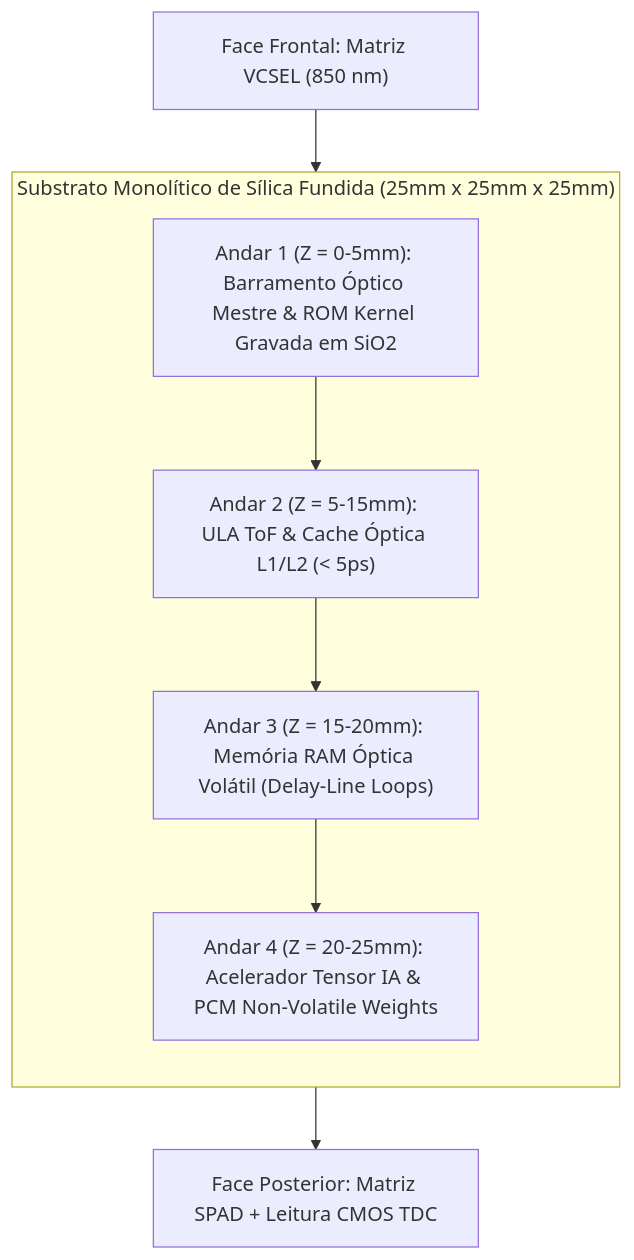
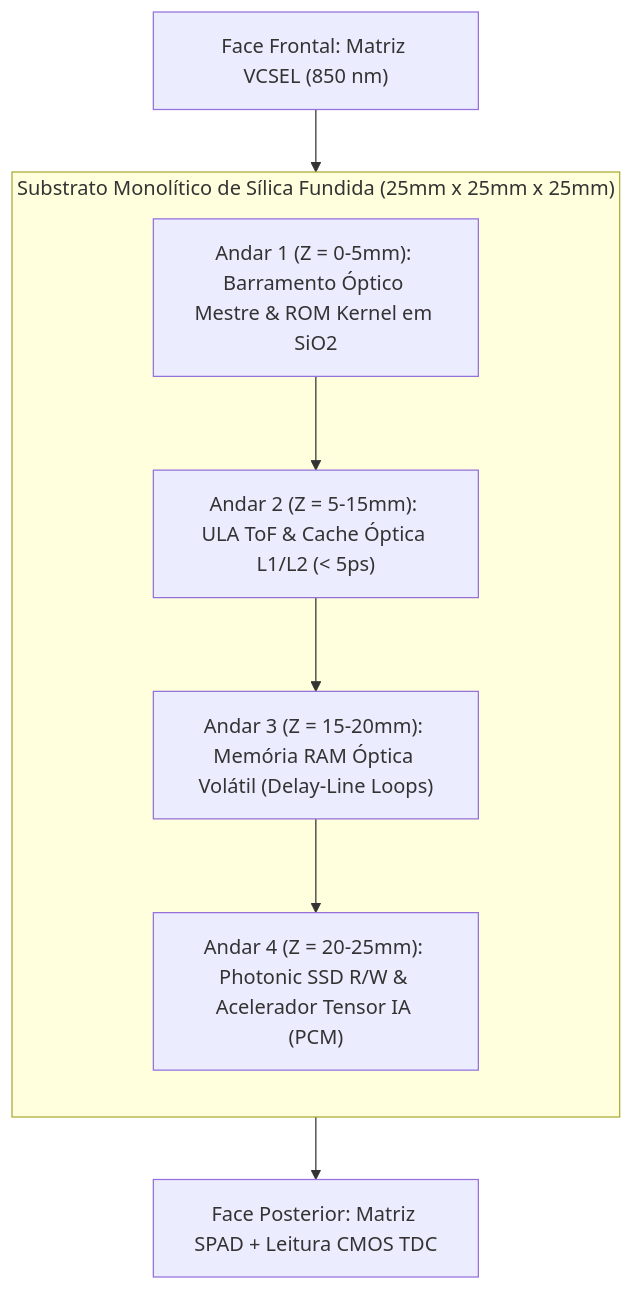
The diagram in README.md (Roliveira96/SilicaCore), drawn with Mermaid before and after one commit. The commit also changed other lines of this file and 6 other files, not shown here.

Commit message:
feat(storage): adiciona arquitetura Photonic SSD para armazenamento em massa em vidro de sílica (Project Silica/PCM)

````diff
--- a/README.md
+++ b/README.md
@@ -71,17 +71,17 @@
 ```mermaid
 flowchart TD
     subgraph CuboSilica["Substrato Monolítico de Sílica Fundida (25mm x 25mm x 25mm)"]
         direction TB
-        Andar4["Andar 4 (Z = 20-25mm): Acelerador Tensor IA & PCM Non-Volatile Weights"]
+        Andar4["Andar 4 (Z = 20-25mm): Photonic SSD R/W & Acelerador Tensor IA (PCM)"]
         Andar3["Andar 3 (Z = 15-20mm): Memória RAM Óptica Volátil (Delay-Line Loops)"]
         Andar2["Andar 2 (Z = 5-15mm): ULA ToF & Cache Óptica L1/L2 (< 5ps)"]
-        Andar1["Andar 1 (Z = 0-5mm): Barramento Óptico Mestre & ROM Kernel Gravada em SiO2"]
+        Andar1["Andar 1 (Z = 0-5mm): Barramento Óptico Mestre & ROM Kernel em SiO2"]
 
         Andar1 --> Andar2
         Andar2 --> Andar3
         Andar3 --> Andar4
     end
 
     Input["Face Frontal: Matriz VCSEL (850 nm)"] --> CuboSilica
     CuboSilica --> Output["Face Posterior: Matriz SPAD + Leitura CMOS TDC"]
 ```
````
